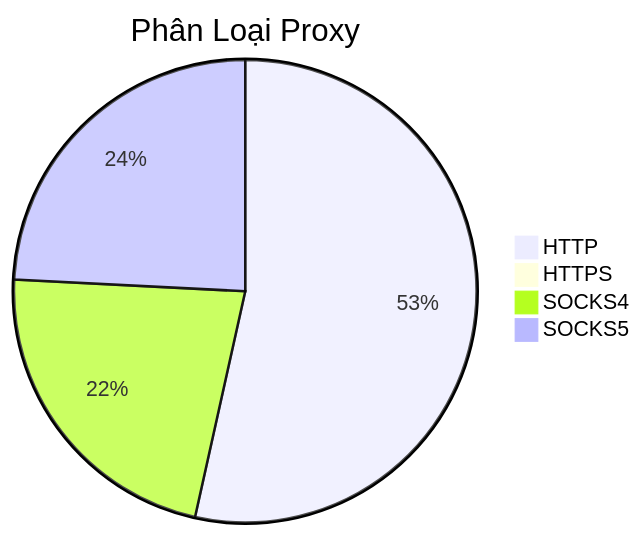
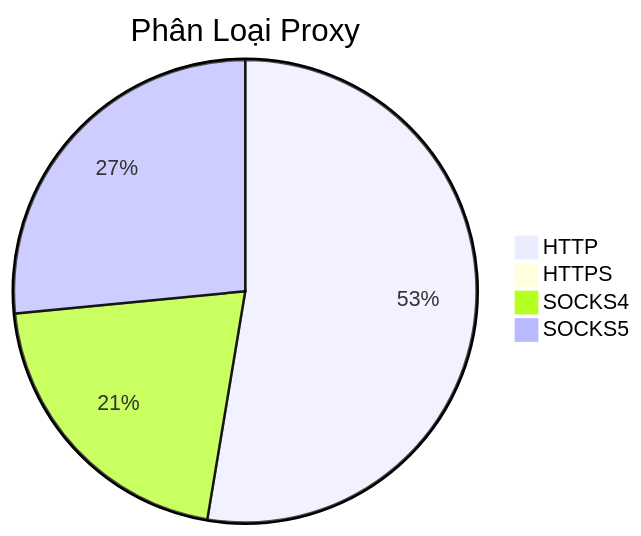
The diagram in README.md (Ciara-12/PROXY-free), drawn with Mermaid before and after one commit. The commit also changed other lines of this file and 3 other files, not shown here.

````diff
--- a/README.md
+++ b/README.md
@@ -26,7 +26,7 @@
 ```mermaid
 pie title Phân Loại Proxy
-    "HTTP" : 829
+    "HTTP" : 692
     "HTTPS" : 0
-    "SOCKS4" : 346
-    "SOCKS5" : 375
+    "SOCKS4" : 274
+    "SOCKS5" : 349
 ```
````
